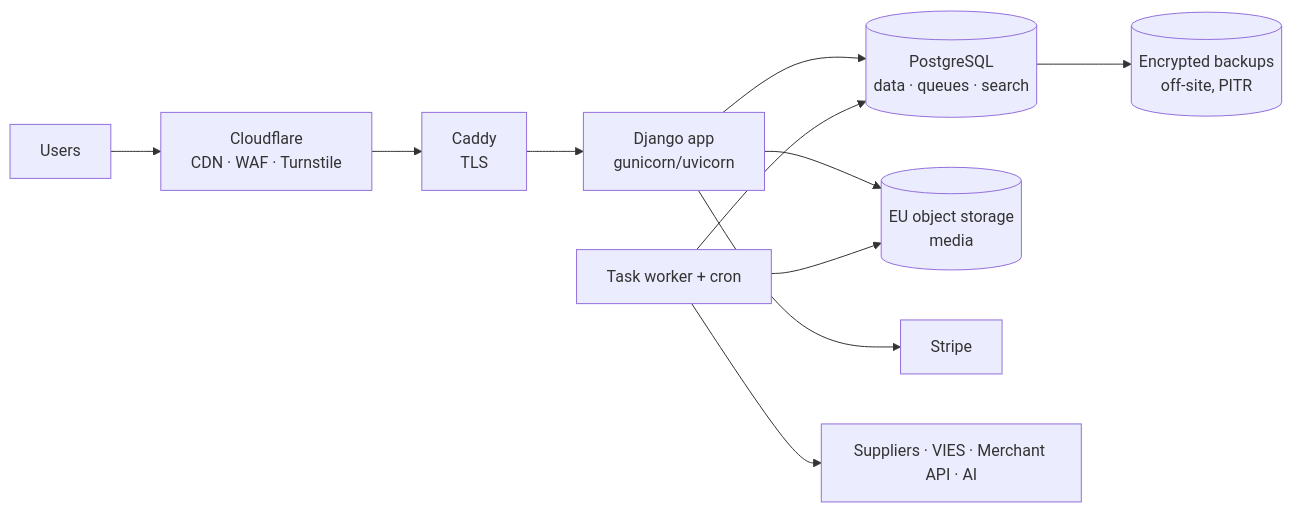
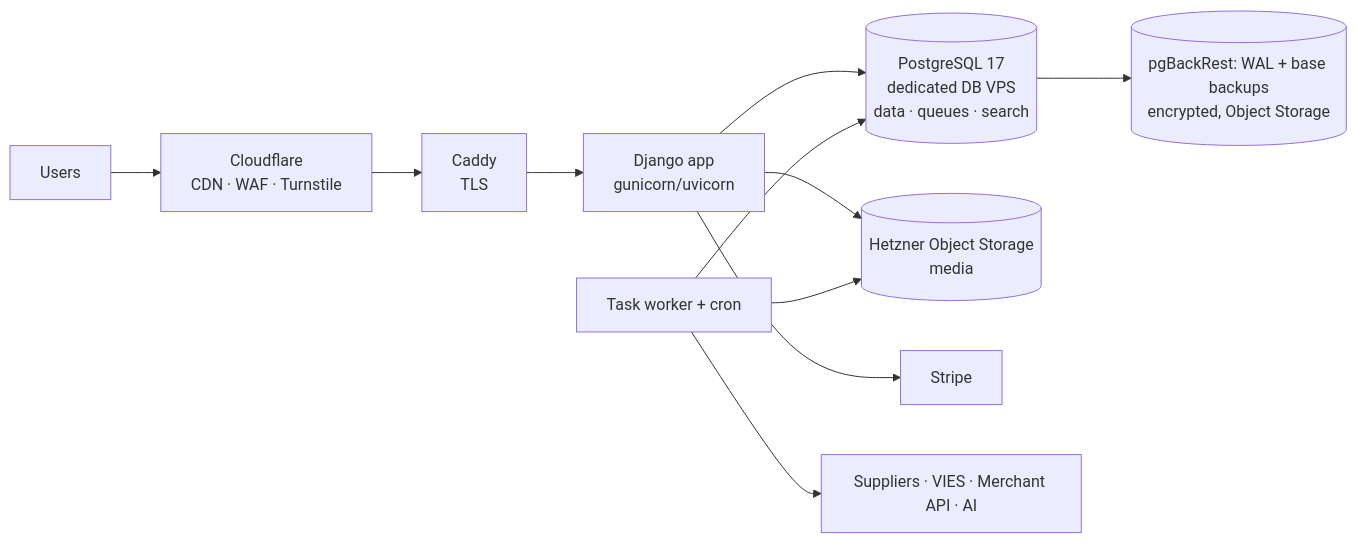
The diagram in docs/spec/12-security-infra-operations.md (bertalan/mpmv), drawn with Mermaid before and after one commit. The commit also changed other lines of this file and 14 other files, not shown here.

````diff
--- a/docs/spec/12-security-infra-operations.md
+++ b/docs/spec/12-security-infra-operations.md
@@ -39,13 +39,13 @@
 ```mermaid
 flowchart LR
   U[Users] --> CF[Cloudflare<br/>CDN · WAF · Turnstile]
   CF --> CA[Caddy<br/>TLS]
   CA --> APP[Django app<br/>gunicorn/uvicorn]
-  APP --> PG[(PostgreSQL<br/>data · queues · search)]
+  APP --> PG[(PostgreSQL 17<br/>dedicated DB VPS<br/>data · queues · search)]
   W[Task worker + cron] --> PG
-  APP --> S3[(EU object storage<br/>media)]
+  APP --> S3[(Hetzner Object Storage<br/>media)]
   W --> S3
   APP --> ST[Stripe]
   W --> EXT[Suppliers · VIES · Merchant API · AI]
-  PG --> BK[(Encrypted backups<br/>off-site, PITR)]
+  PG --> BK[(pgBackRest: WAL + base backups<br/>encrypted, Object Storage)]
 ```
````
